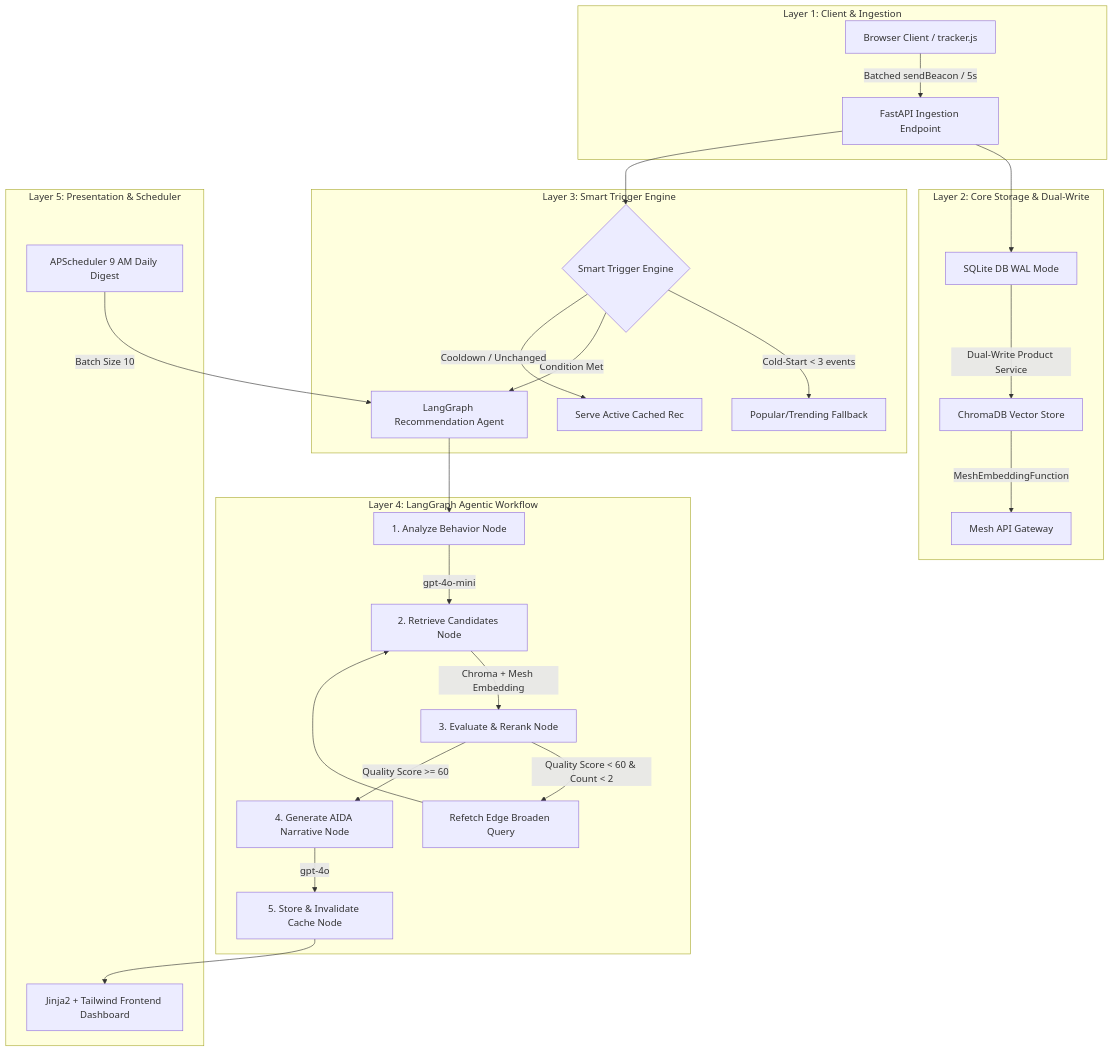
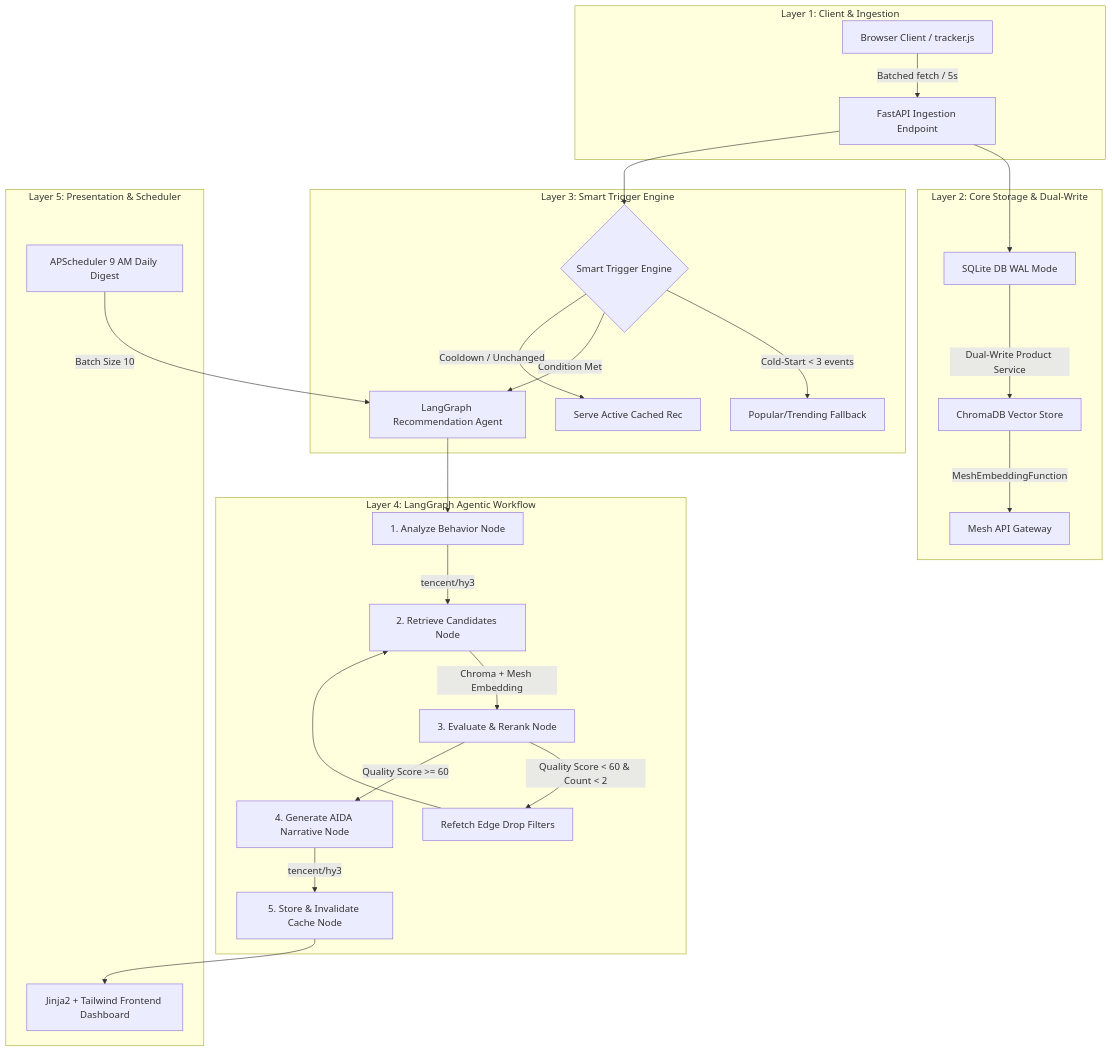
The diagram in docs/ARCHITECTURE.md (Karthikeya63056/AURA_SmartReco), drawn with Mermaid before and after one commit. The commit also changed other lines of this file and 17 other files, not shown here.

````diff
--- a/docs/ARCHITECTURE.md
+++ b/docs/ARCHITECTURE.md
@@ -5,34 +5,34 @@
 ```mermaid
 flowchart TD
     subgraph Layer 1: Client & Ingestion
-        A[Browser Client / tracker.js] -->|Batched sendBeacon / 5s| B[FastAPI Ingestion Endpoint]
+        A[Browser Client / tracker.js] -->|Batched fetch / 5s| B[FastAPI Ingestion Endpoint]
     end
 
     subgraph Layer 2: Core Storage & Dual-Write
         B --> C[SQLite DB WAL Mode]
         C -->|Dual-Write Product Service| D[ChromaDB Vector Store]
         D -->|MeshEmbeddingFunction| E[Mesh API Gateway]
     end
 
     subgraph Layer 3: Smart Trigger Engine
         B --> F{Smart Trigger Engine}
         F -->|Cold-Start < 3 events| G[Popular/Trending Fallback]
         F -->|Condition Met| H[LangGraph Recommendation Agent]
         F -->|Cooldown / Unchanged| I[Serve Active Cached Rec]
     end
 
     subgraph Layer 4: LangGraph Agentic Workflow
         H --> N1[1. Analyze Behavior Node]
-        N1 -->|gpt-4o-mini| N2[2. Retrieve Candidates Node]
+        N1 -->|tencent/hy3| N2[2. Retrieve Candidates Node]
         N2 -->|Chroma + Mesh Embedding| N3[3. Evaluate & Rerank Node]
-        N3 -->|Quality Score < 60 & Count < 2| N4[Refetch Edge Broaden Query]
+        N3 -->|Quality Score < 60 & Count < 2| N4[Refetch Edge Drop Filters]
         N4 --> N2
         N3 -->|Quality Score >= 60| N5[4. Generate AIDA Narrative Node]
-        N5 -->|gpt-4o| N6[5. Store & Invalidate Cache Node]
+        N5 -->|tencent/hy3| N6[5. Store & Invalidate Cache Node]
     end
 
     subgraph Layer 5: Presentation & Scheduler
         N6 --> J[Jinja2 + Tailwind Frontend Dashboard]
         K[APScheduler 9 AM Daily Digest] -->|Batch Size 10| H
     end
 ```
````
